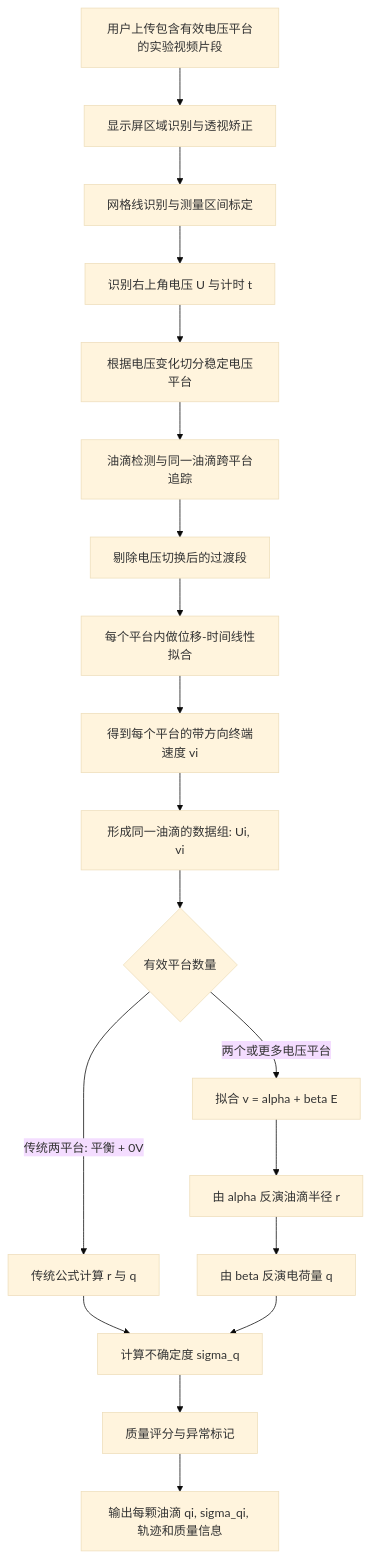
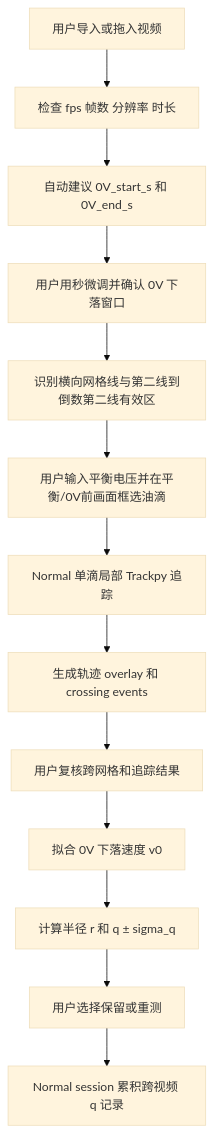
Before and after one commit to teddyli18000/AiForMillikan: the diagram in docs/单颗q计算.md, drawn with Mermaid (base theme). The commit also changed other lines of this file and 27 other files, not shown here.

````diff
--- a/docs/单颗q计算.md
+++ b/docs/单颗q计算.md
@@ -79,21 +88,15 @@
 ```mermaid
 flowchart TD
-    A[用户上传包含有效电压平台的实验视频片段] --> B[显示屏区域识别与透视矫正]
-    B --> C[网格线识别与测量区间标定]
-    C --> D[识别右上角电压 U 与计时 t]
-    D --> E[根据电压变化切分稳定电压平台]
-    E --> F[油滴检测与同一油滴跨平台追踪]
-    F --> G[剔除电压切换后的过渡段]
-    G --> H[每个平台内做位移-时间线性拟合]
-    H --> I[得到每个平台的带方向终端速度 vi]
-    I --> J[形成同一油滴的数据组: Ui, vi]
-    J --> K{有效平台数量}
-    K -->|传统两平台: 平衡 + 0V| L[传统公式计算 r 与 q]
-    K -->|两个或更多电压平台| M[拟合 v = alpha + beta E]
-    M --> N[由 alpha 反演油滴半径 r]
-    N --> O[由 beta 反演电荷量 q]
-    L --> P[计算不确定度 sigma_q]
-    O --> P
-    P --> Q[质量评分与异常标记]
-    Q --> R[输出每颗油滴 qi, sigma_qi, 轨迹和质量信息]
+    A[用户导入或拖入视频] --> B[检查 fps 帧数 分辨率 时长]
+    B --> C[自动建议 0V_start_s 和 0V_end_s]
+    C --> D[用户用秒微调并确认 0V 下落窗口]
+    D --> E[识别横向网格线与第二线到倒数第二线有效区]
+    E --> F[用户输入平衡电压并在平衡/0V前画面框选油滴]
+    F --> G[Normal 单滴局部 Trackpy 追踪]
+    G --> H[生成轨迹 overlay 和 crossing events]
+    H --> I[用户复核跨网格和追踪结果]
+    I --> J[拟合 0V 下落速度 v0]
+    J --> K[计算半径 r 和 q ± sigma_q]
+    K --> L[用户选择保留或重测]
+    L --> M[Normal session 累积跨视频 q 记录]
 ```
````
